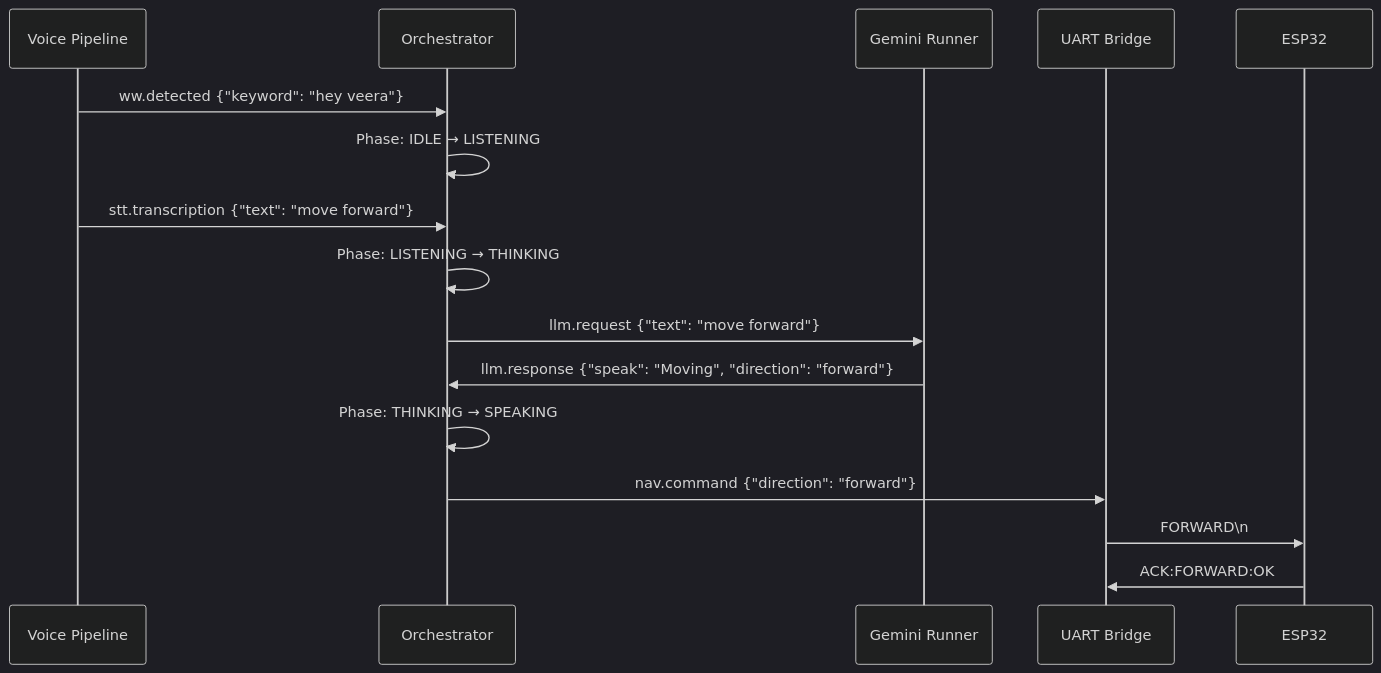
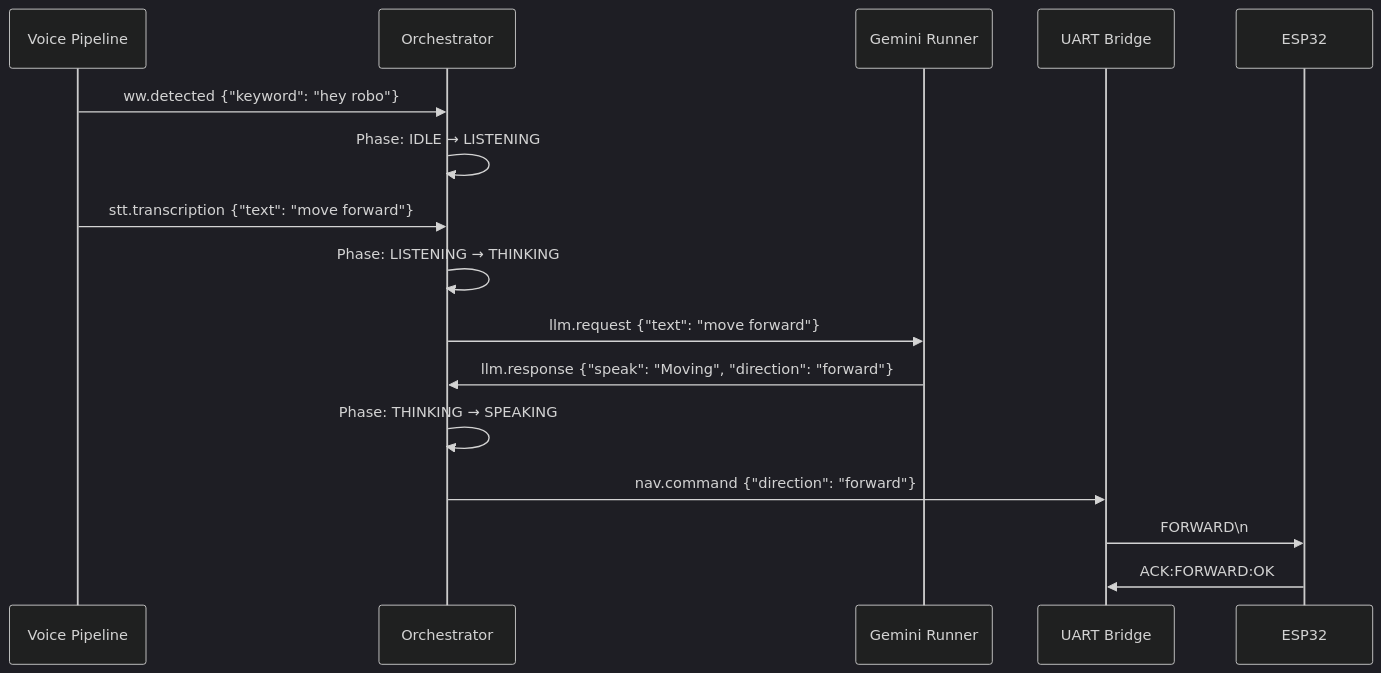
Before and after one commit to burahimasree/smart_car: the second of 3 diagrams in docs/COMPLETE_TECHNICAL_BOOK.md, drawn with Mermaid (dark theme). The commit also changed other lines of this file and 29 other files, not shown here.

Commit message:
Change wakeword from 'hey veera' to 'hey robo' and align prompts

````diff
--- a/docs/COMPLETE_TECHNICAL_BOOK.md
+++ b/docs/COMPLETE_TECHNICAL_BOOK.md
@@ -188,19 +188,19 @@
 ```mermaid
 sequenceDiagram
     participant WW as Voice Pipeline
     participant O as Orchestrator
     participant LLM as Gemini Runner
     participant NAV as UART Bridge
     participant ESP as ESP32
     
-    WW->>O: ww.detected {"keyword": "hey veera"}
+    WW->>O: ww.detected {"keyword": "hey robo"}
     O->>O: Phase: IDLE → LISTENING
     WW->>O: stt.transcription {"text": "move forward"}
     O->>O: Phase: LISTENING → THINKING
     O->>LLM: llm.request {"text": "move forward"}
     LLM->>O: llm.response {"speak": "Moving", "direction": "forward"}
     O->>O: Phase: THINKING → SPEAKING
     O->>NAV: nav.command {"direction": "forward"}
     NAV->>ESP: FORWARD\n
     ESP->>NAV: ACK:FORWARD:OK
 ```
````
